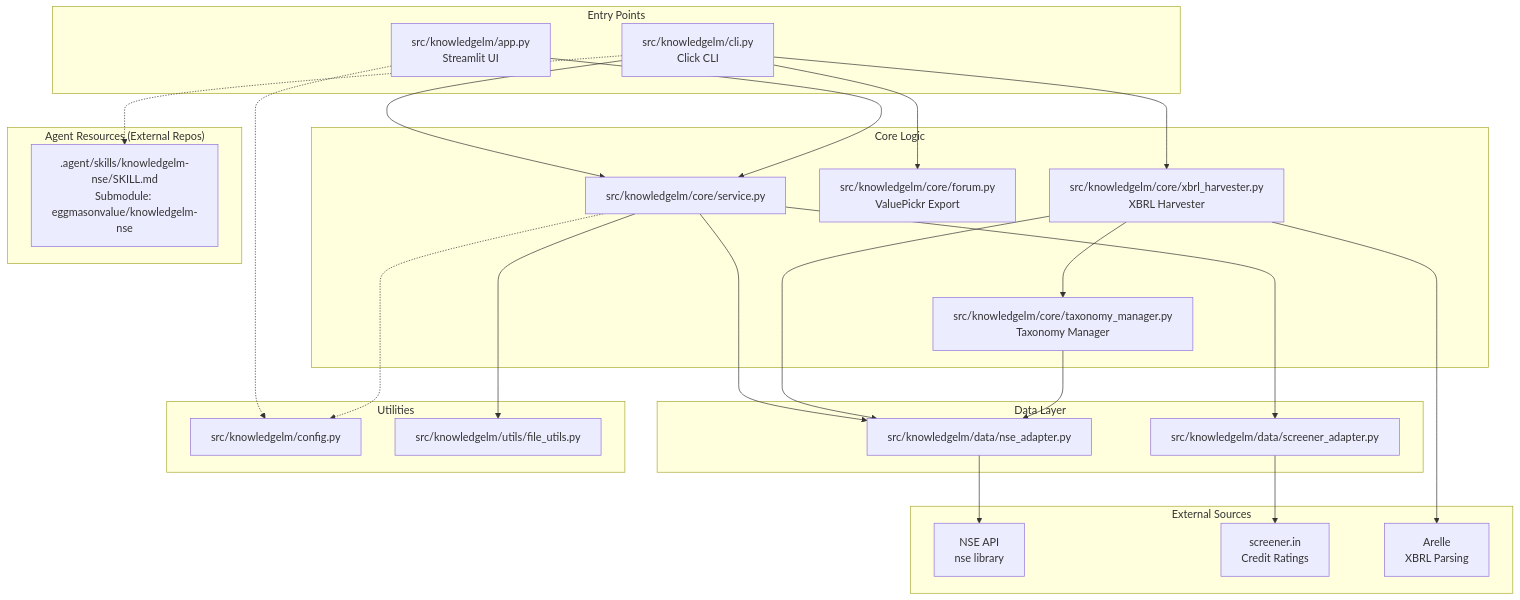
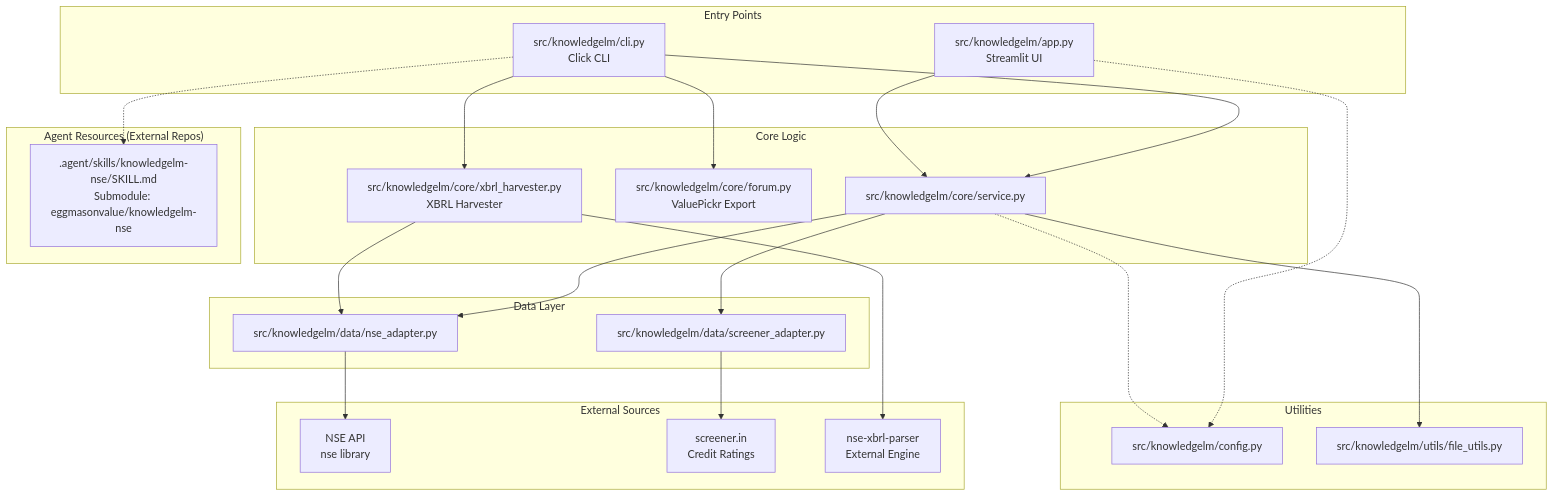
The first of 2 diagrams in .context/ARCHITECTURE.md (eggmasonvalue/KnowledgeLM), drawn with Mermaid before and after one commit. The commit also changed other lines of this file and 11 other files, not shown here.

Commit message:
refactor: delegration of xbrl parsing to nse-xbrl-parser

````diff
--- a/.context/ARCHITECTURE.md
+++ b/.context/ARCHITECTURE.md
@@ -5,51 +5,48 @@
 ```mermaid
 graph TD
     subgraph Entry["Entry Points"]
         CLI[src/knowledgelm/cli.py<br/>Click CLI]
         APP[src/knowledgelm/app.py<br/>Streamlit UI]
     end
 
     subgraph Logic["Core Logic"]
         SRV[src/knowledgelm/core/service.py]
         FORUM[src/knowledgelm/core/forum.py<br/>ValuePickr Export]
         XBRL[src/knowledgelm/core/xbrl_harvester.py<br/>XBRL Harvester]
-        TAX_MGR[src/knowledgelm/core/taxonomy_manager.py<br/>Taxonomy Manager]
     end
 
     subgraph Data["Data Layer"]
         NSE_ADPT[src/knowledgelm/data/nse_adapter.py]
         SCR_ADPT[src/knowledgelm/data/screener_adapter.py]
     end
 
     subgraph Agent["Agent Resources (External Repos)"]
         SKILL[.agent/skills/knowledgelm-nse/SKILL.md<br/>Submodule: eggmasonvalue/knowledgelm-nse]
     end
 
     subgraph Utils["Utilities"]
         CONF[src/knowledgelm/config.py]
         F_UTIL[src/knowledgelm/utils/file_utils.py]
     end
 
     subgraph External["External Sources"]
         NSE_LIB[NSE API<br/>nse library]
         SCR_WEB[screener.in<br/>Credit Ratings]
-        ARELLE[Arelle<br/>XBRL Parsing]
+        NSE_XBRL_PARSER[nse-xbrl-parser<br/>External Engine]
     end
 
     CLI --> SRV
     CLI --> FORUM
     CLI --> XBRL
     APP --> SRV
     SRV --> NSE_ADPT
     SRV --> SCR_ADPT
     SRV --> F_UTIL
-    XBRL --> TAX_MGR
     XBRL --> NSE_ADPT
-    TAX_MGR --> NSE_ADPT
     NSE_ADPT --> NSE_LIB
-    XBRL --> ARELLE
+    XBRL --> NSE_XBRL_PARSER
     SCR_ADPT --> SCR_WEB
     CLI .-> SKILL
     APP ..-> CONF
     SRV ..-> CONF
 ```
````
